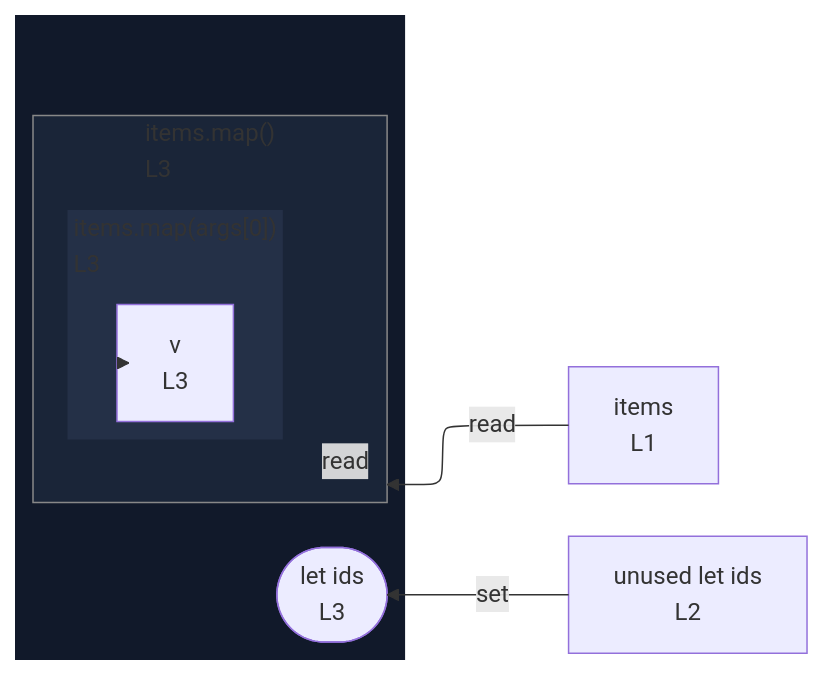
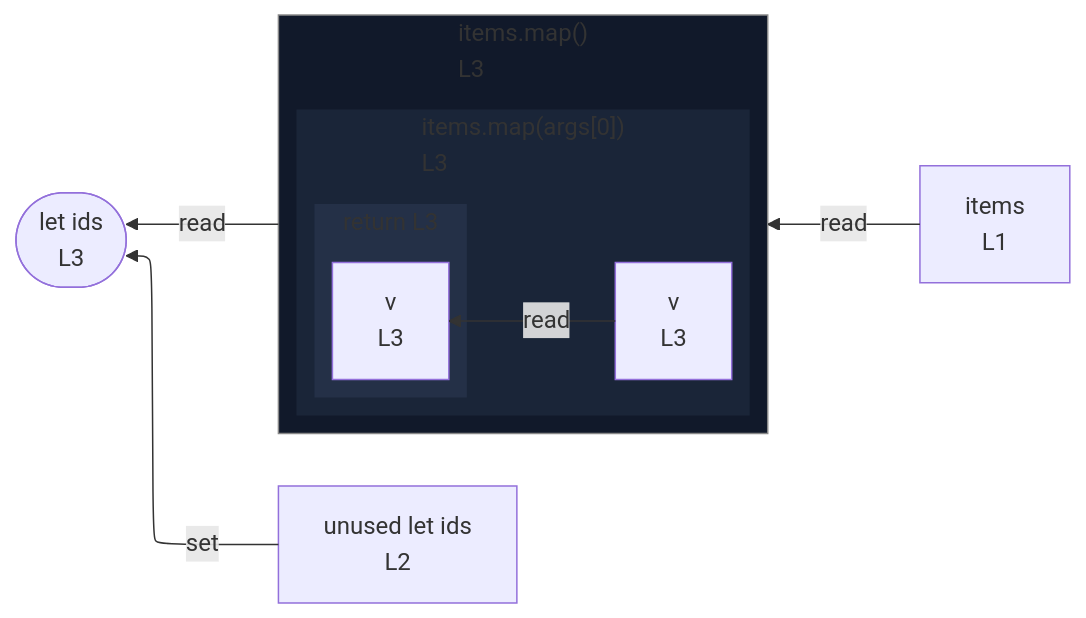
One commit to crescware/unsnarl changed the diagram in integration/fixtures/callback/reassigned-method/preview.md. Above: the diagram before and after it, drawn with Mermaid. The commit also changed 105 other files, not shown here.

````diff
--- a/integration/fixtures/callback/reassigned-method/preview.md
+++ b/integration/fixtures/callback/reassigned-method/preview.md
@@ -13,28 +13,30 @@
 ```mermaid
 %%{init: {"flowchart": {"defaultRenderer": "elk"}}}%%
 flowchart RL
   n_scope_0_items_6["items<br/>L1"]
   n_scope_0_ids_29["unused let ids<br/>L2"]
-  subgraph wrap_call_proxy_46[" "]
-    direction TB
-    wr_ref_2(["let ids<br/>L3"])
-    subgraph call_proxy_46["items.map()<br/>L3"]
+  wr_ref_2(["let ids<br/>L3"])
+  subgraph call_proxy_46["items.map()<br/>L3"]
+    direction RL
+    subgraph s_scope_1["items.map(args[0])<br/>L3"]
       direction RL
-      subgraph s_scope_1["items.map(args[0])<br/>L3"]
+      n_scope_1_v_57["v<br/>L3"]
+      subgraph s_return_scope_1_63_68["return L3"]
         direction RL
-        n_scope_1_v_57["v<br/>L3"]
+        ret_use_ref_4["v<br/>L3"]
       end
     end
   end
+  call_proxy_46 -->|read| wr_ref_2
   n_scope_0_ids_29 -->|set| wr_ref_2
   n_scope_0_items_6 -->|read| call_proxy_46
-  n_scope_1_v_57 -->|read| call_proxy_46
+  n_scope_1_v_57 -->|read| ret_use_ref_4
   classDef nestL1 fill:#11192a,stroke:transparent;
-  class wrap_call_proxy_46 nestL1;
+  class call_proxy_46 nestL1;
   classDef nestL2 fill:#1a2538,stroke:transparent;
-  class call_proxy_46 nestL2;
+  class s_scope_1 nestL2;
   classDef nestL3 fill:#243047,stroke:transparent;
-  class s_scope_1 nestL3;
+  class s_return_scope_1_63_68 nestL3;
   classDef edgeTargetSubgraph stroke:#888;
   class call_proxy_46 edgeTargetSubgraph;
 ```
````
